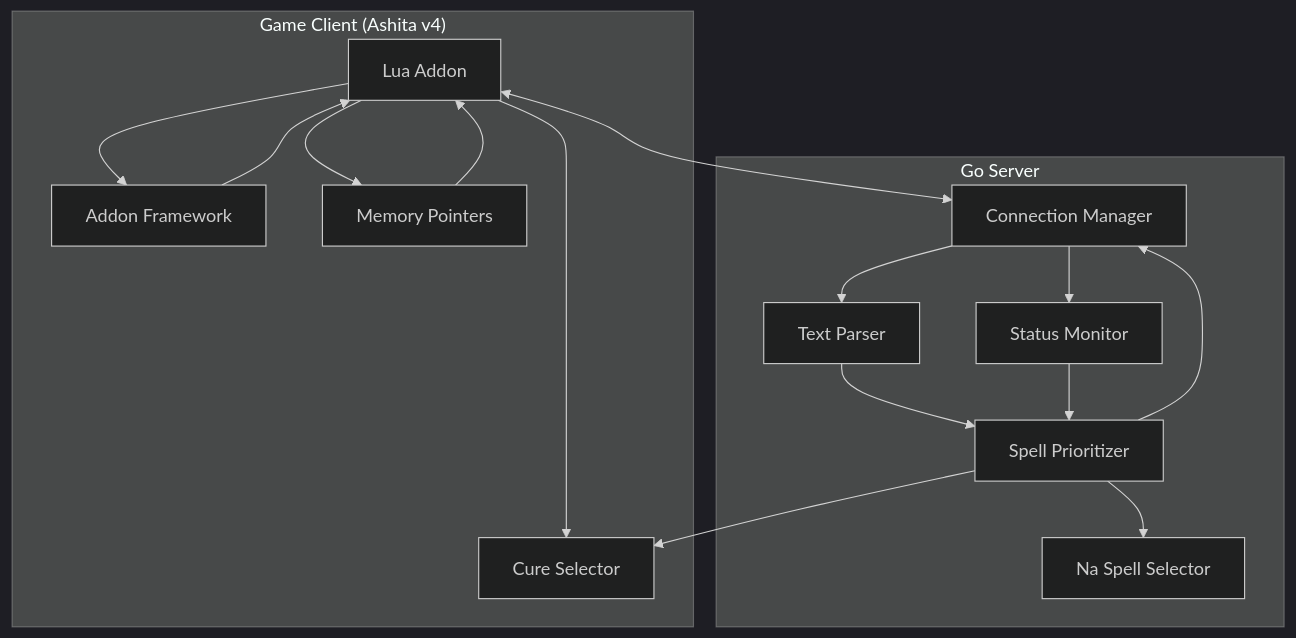
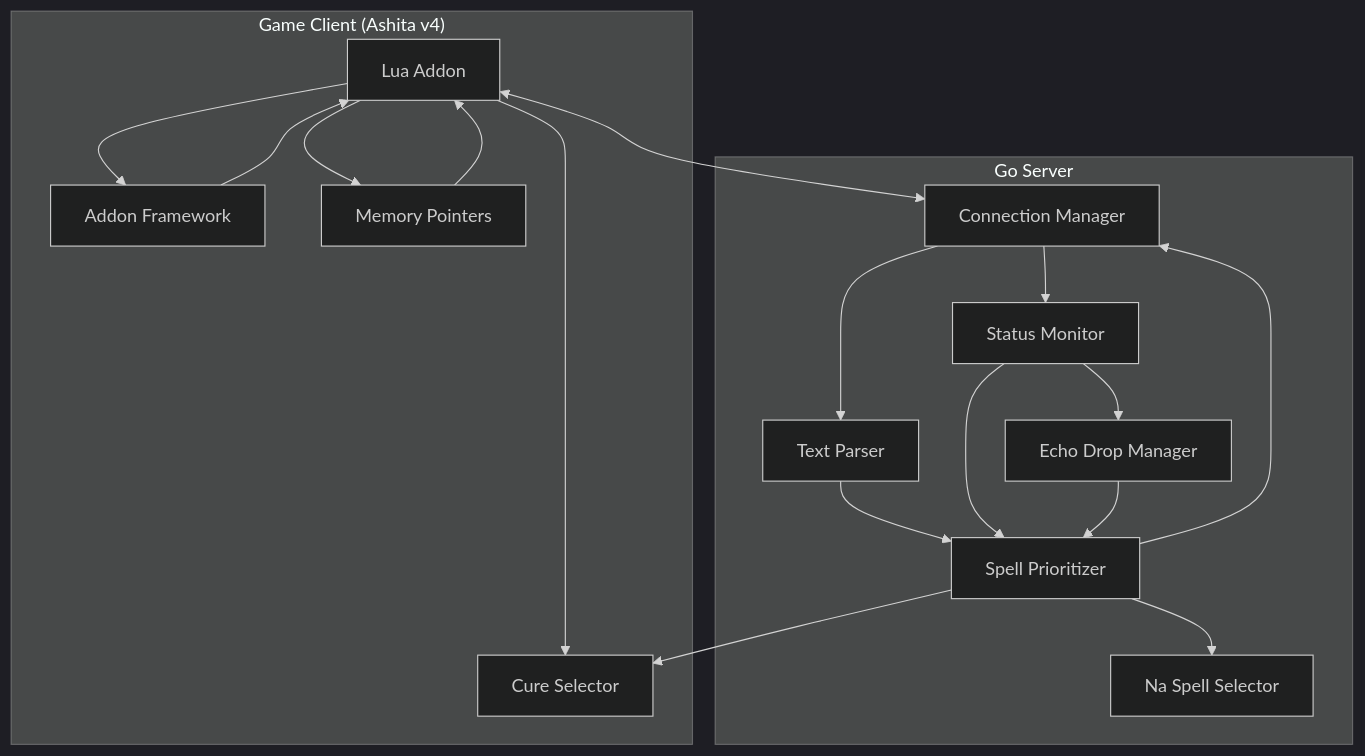
The diagram in .kiro/specs/automated-gameplay-assistant/design.md (mitch-thompson/Pandabot), drawn with Mermaid (dark theme) before and after one commit. The commit also changed other lines of this file and 31 other files, not shown here.

````diff
--- a/.kiro/specs/automated-gameplay-assistant/design.md
+++ b/.kiro/specs/automated-gameplay-assistant/design.md
@@ -13,32 +13,35 @@
 ```mermaid
 graph TB
     subgraph "Game Client (Ashita v4)"
         LA[Lua Addon]
         AF[Addon Framework]
         MP[Memory Pointers]
         CS[Command System]
         LA --> AF
         LA --> MP
         LA --> CS
         AF --> LA
         MP --> LA
     end
     
     subgraph "Go Server"
         CM[Connection Manager]
         TP[Text Parser]
         SP[Spell Prioritizer]
         SM[Status Monitor]
         CS[Cure Selector]
         NS[Na Spell Selector]
+        EDM[Echo Drop Manager]
     end
     
     LA <--> CM
     CM --> TP
     CM --> SM
     TP --> SP
     SM --> SP
+    SM --> EDM
     SP --> CS
     SP --> NS
+    EDM --> SP
     SP --> CM
 ```
````
